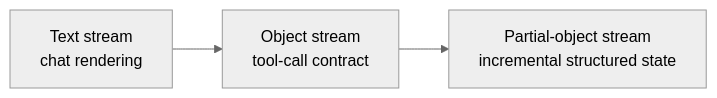
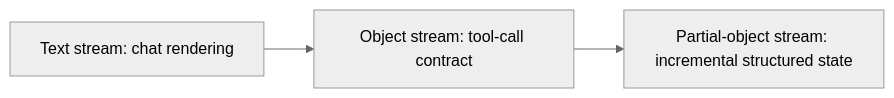
Before and after one commit to rothnic/nickroth: the first of 3 diagrams in src/content/work/resume-chatbot.mdx, drawn with Mermaid (neutral theme).

Commit message:
fix(mermaid): fix flowchart node labels to render correctly
Replace \n with quoted strings for proper Mermaid rendering

````diff
--- a/src/content/work/resume-chatbot.mdx
+++ b/src/content/work/resume-chatbot.mdx
@@ -99,5 +99,5 @@
 ```mermaid
 flowchart LR
-  T[Text stream\nchat rendering] --> O[Object stream\ntool-call contract]
-  O --> P[Partial-object stream\nincremental structured state]
+  T["Text stream: chat rendering"] --> O["Object stream: tool-call contract"]
+  O --> P["Partial-object stream: incremental structured state"]
 ```
````
